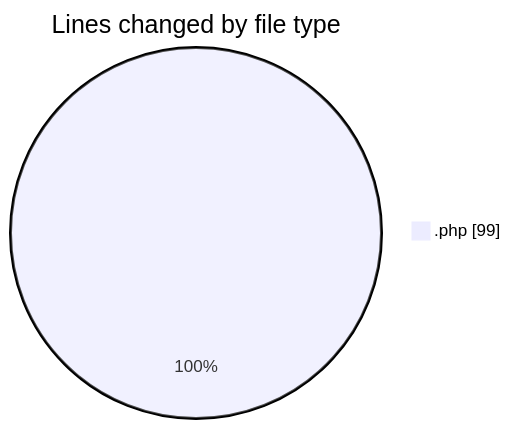
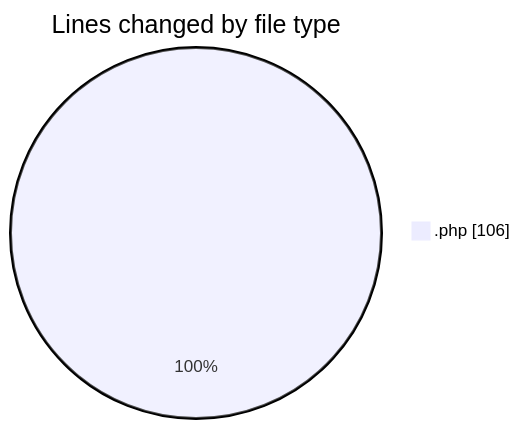
One commit to LanceThiago/code-tracking changed the first of 2 diagrams in 2025-01-15/oficina/README.md. Above: the diagram before and after it, drawn with Mermaid. The commit also changed other lines of this file and 1 other file, not shown here.

````diff
--- a/2025-01-15/oficina/README.md
+++ b/2025-01-15/oficina/README.md
@@ -21,5 +21,5 @@
 ```mermaid
 pie showData
 title Lines changed by file type
-".php" : 99
+".php" : 106
 ```
````
